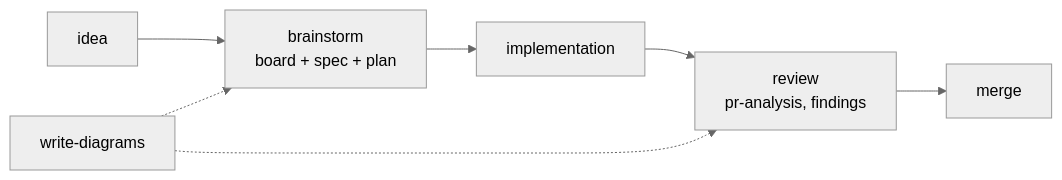
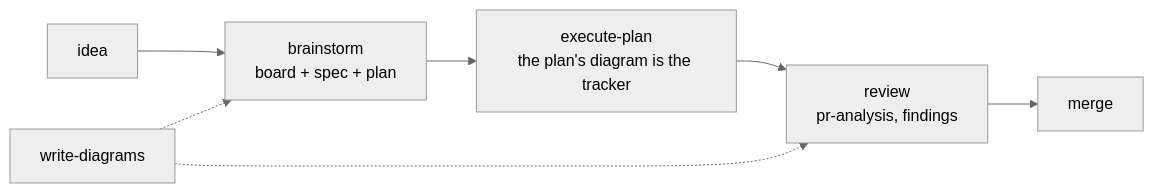
One commit to Ovich/charrette changed the first of 2 diagrams in README.md. Above: the diagram before and after it, drawn with Mermaid (neutral theme). The commit also changed other lines of this file and 1 other file, not shown here.

First line of the commit message:
docs: the README catches up with execute-plan and layered pr-review

````diff
--- a/README.md
+++ b/README.md
@@ -29,9 +29,9 @@
 ```mermaid
 flowchart LR
   I["idea"] --> B["brainstorm<br/>board + spec + plan"]
-  B --> C["implementation"]
-  C --> R["review<br/>pr-analysis, findings"]
+  B --> E["execute-plan<br/>the plan's diagram is the tracker"]
+  E --> R["review<br/>pr-analysis, findings"]
   R --> M["merge"]
   D["write-diagrams"] -.-> B
   D -.-> R
 ```
````
